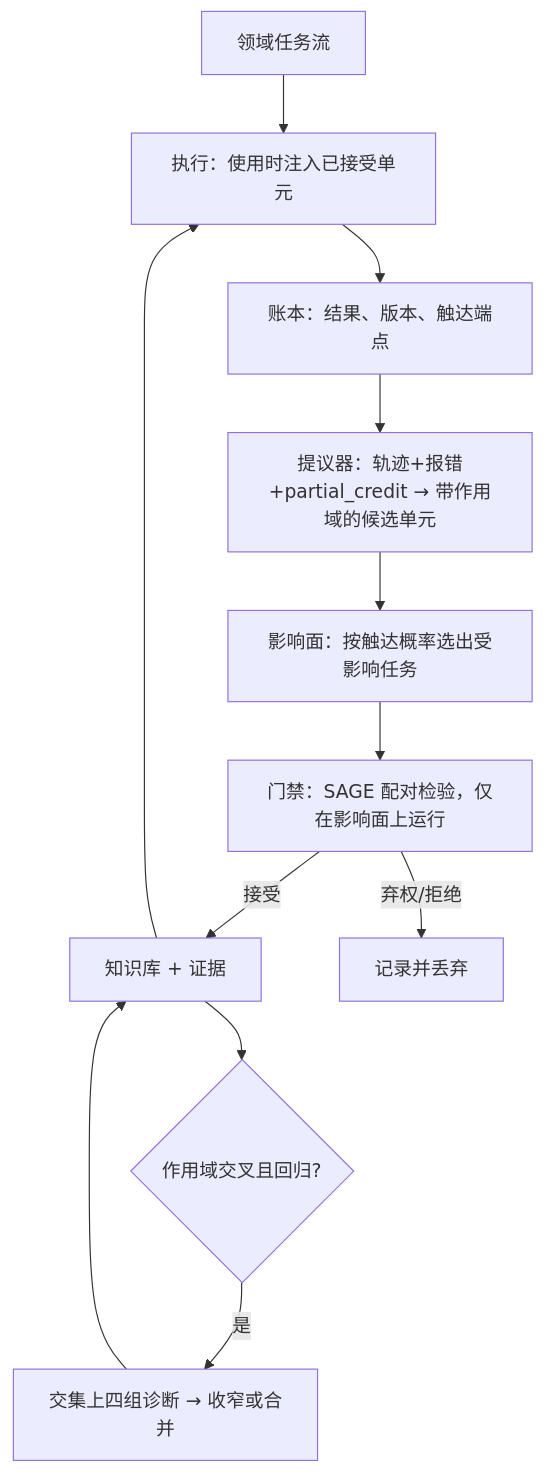
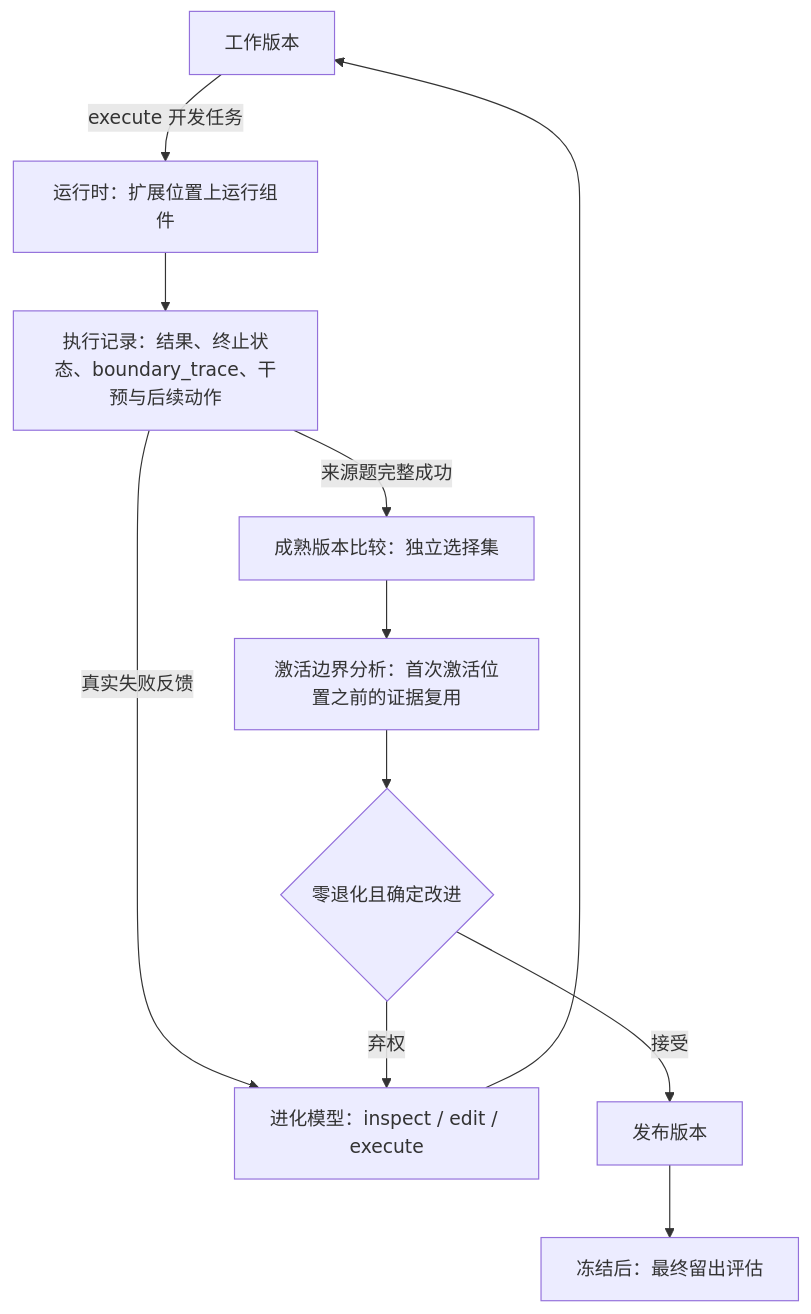
Before and after one commit to Jonah-Wu23/gnosis-agent: the diagram in docs/GNOSIS-科研计划.md, drawn with Mermaid. The commit also changed other lines of this file and 25 other files, not shown here.

````diff
--- a/docs/GNOSIS-科研计划.md
+++ b/docs/GNOSIS-科研计划.md
@@ -128,14 +86,13 @@
 ```mermaid
 flowchart TD
-    S[领域任务流] --> R[执行：使用时注入已接受单元]
-    R --> Lg[账本：结果、版本、触达端点]
-    Lg --> P[提议器：轨迹+报错+partial_credit → 带作用域的候选单元]
-    P --> I[影响面：按触达概率选出受影响任务]
-    I --> G[门禁：SAGE 配对检验，仅在影响面上运行]
-    G -->|接受| K[知识库 + 证据]
-    G -->|弃权/拒绝| X[记录并丢弃]
-    K --> R
-    K --> F{作用域交叉且回归?}
-    F -->|是| Fa[交集上四组诊断 → 收窄或合并]
-    Fa --> K
+    W[工作版本] -->|execute 开发任务| R[运行时：扩展位置上运行组件]
+    R --> T[执行记录：结果、终止状态、boundary_trace、干预与后续动作]
+    T -->|真实失败反馈| M[进化模型：inspect / edit / execute]
+    M --> W
+    T -->|来源题完整成功| V[成熟版本比较：独立选择集]
+    V --> P[激活边界分析：首次激活位置之前的证据复用]
+    P --> G{零退化且确定改进}
+    G -->|接受| Rel[发布版本]
+    G -->|弃权| M
+    Rel --> F[冻结后：最终留出评估]
 ```
````
